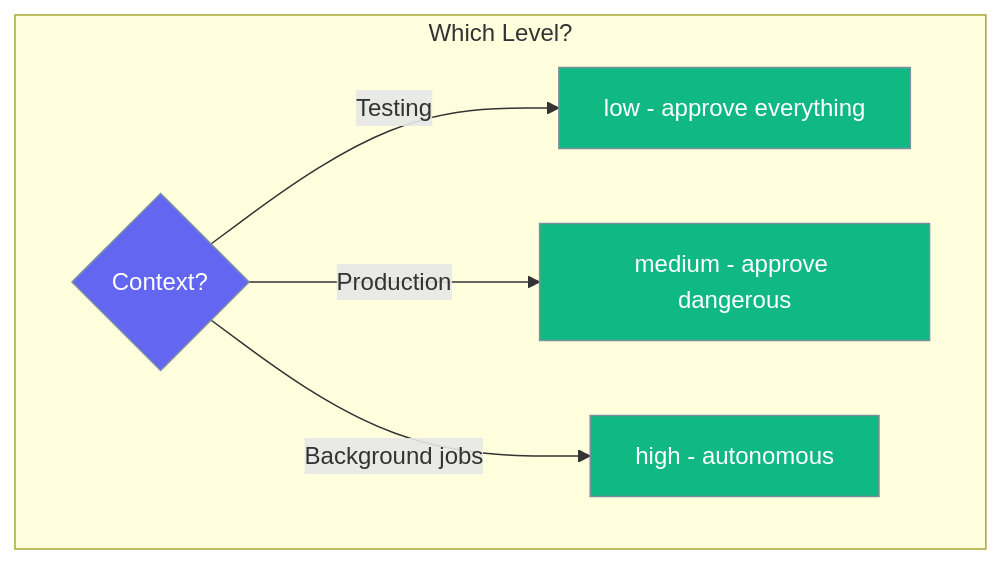
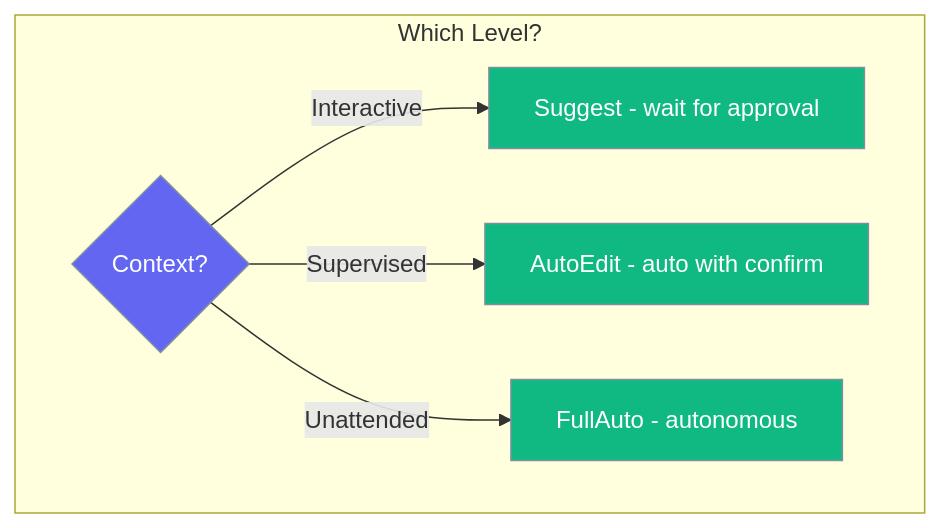
One commit to MervinPraison/PraisonAIDocs changed the second of 2 diagrams in docs/rust/autonomy.mdx. Above: the diagram before and after it, drawn with Mermaid. The commit also changed other lines of this file and 7 other files, not shown here.

````diff
--- a/docs/rust/autonomy.mdx
+++ b/docs/rust/autonomy.mdx
@@ -61,14 +72,14 @@
 ```mermaid
 graph TB
     subgraph "Which Level?"
-        Q{Context?} --> |Testing| L[low - approve everything]
-        Q --> |Production| M[medium - approve dangerous]
-        Q --> |Background jobs| H[high - autonomous]
+        Q{Context?} --> |Interactive| S[Suggest - wait for approval]
+        Q --> |Supervised| A[AutoEdit - auto with confirm]
+        Q --> |Unattended| F[FullAuto - autonomous]
     end
     
     classDef question fill:#6366F1,stroke:#7C90A0,color:#fff
     classDef level fill:#10B981,stroke:#7C90A0,color:#fff
     
     class Q question
-    class L,M,H level
+    class S,A,F level
 ```
````
